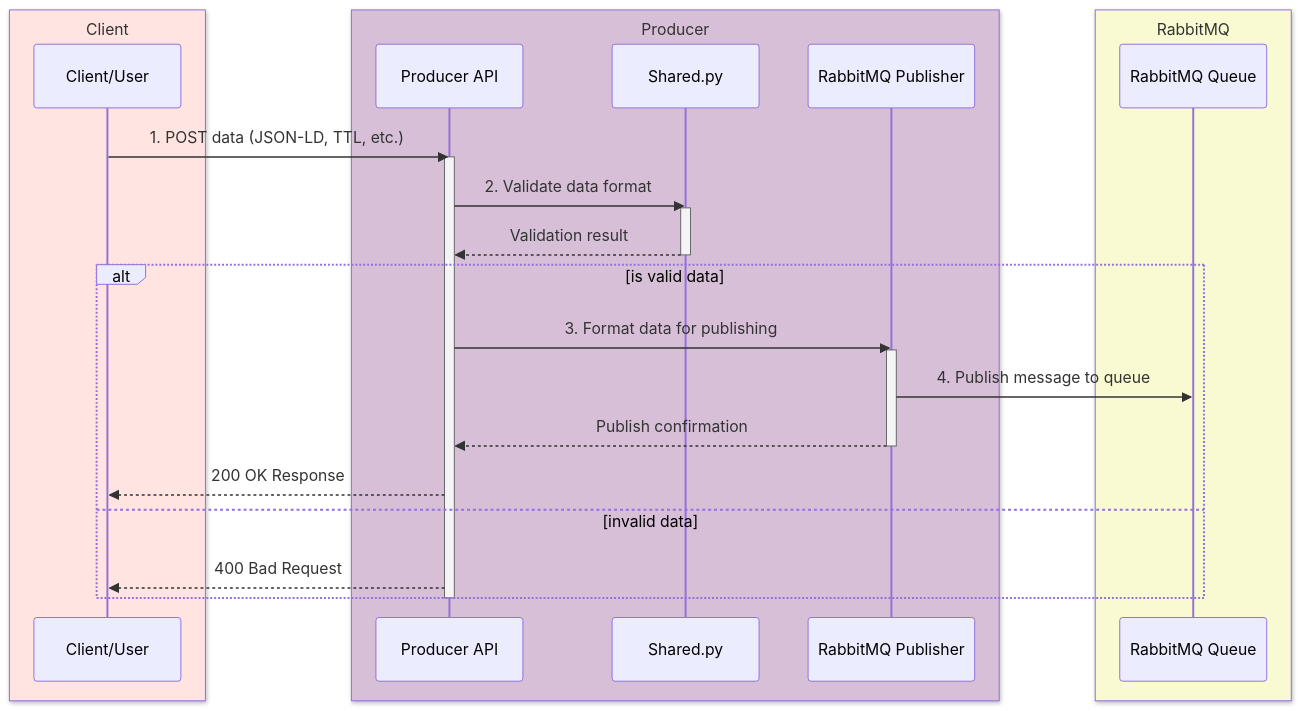
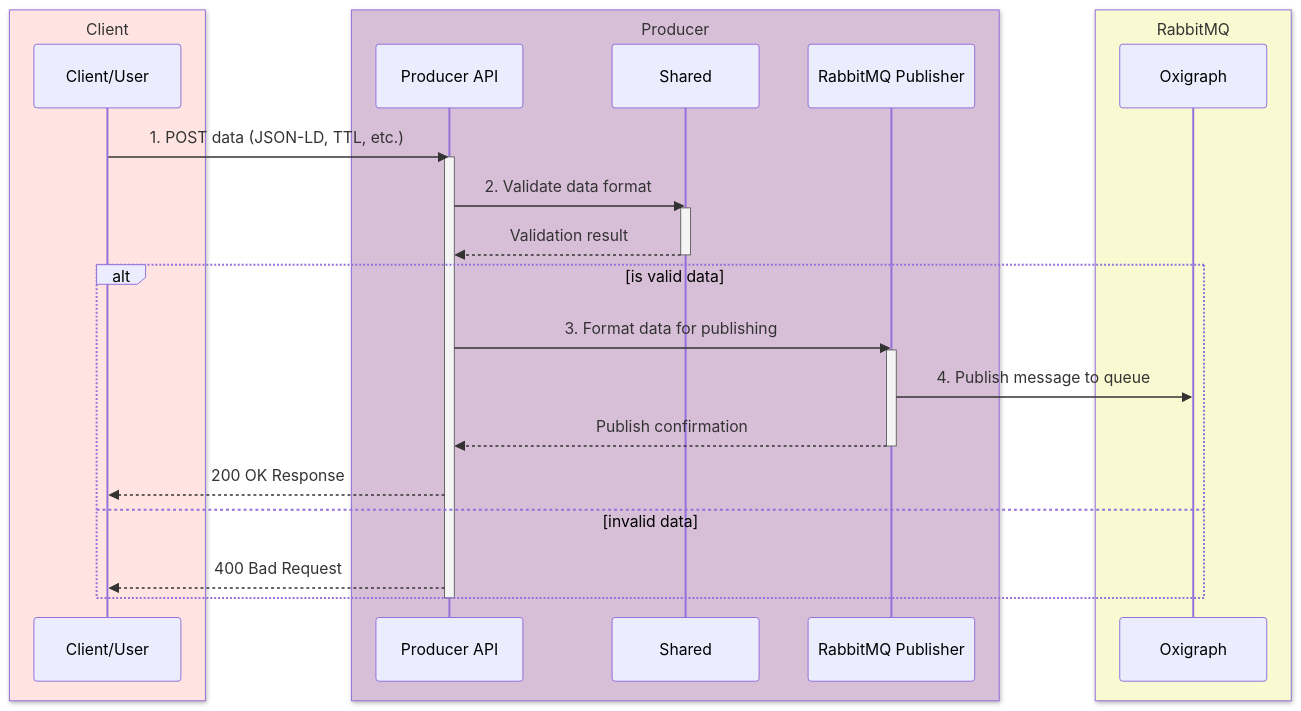
The first of 2 diagrams in docs/ingestion_service.md (sensein/brainkbdocs), drawn with Mermaid before and after one commit. The commit also changed other lines of this file and 1 other file, not shown here.

````diff
--- a/docs/ingestion_service.md
+++ b/docs/ingestion_service.md
@@ -23,39 +27,39 @@
 ```{mermaid}
 sequenceDiagram
     %% Client/User on the left
     box MistyRose Client
         participant Client as Client/User
     end
 
     box Thistle Producer
         participant API as Producer API
-        participant Validator as  Shared.py
+        participant Validator as  Shared
         participant Publisher as RabbitMQ Publisher
     end
 
     box LightGoldenRodYellow RabbitMQ 
-        participant RabbitMQ as RabbitMQ Queue
+        participant RabbitMQ as Oxigraph
     end
 
     %% Client submits data
     Client->>API: 1. POST data (JSON-LD, TTL, etc.)
     activate API
     
     %% Producer service validates and publishes
     API->>Validator: 2. Validate data format
     activate Validator
     Validator-->>API: Validation result
     deactivate Validator
     
     alt is valid data
         API->>Publisher: 3. Format data for publishing
         activate Publisher
         Publisher->>RabbitMQ: 4. Publish message to queue
         Publisher-->>API: Publish confirmation
         deactivate Publisher
         API-->>Client: 200 OK Response
     else invalid data
         API-->>Client: 400 Bad Request
     end
     deactivate API
 ```
````
